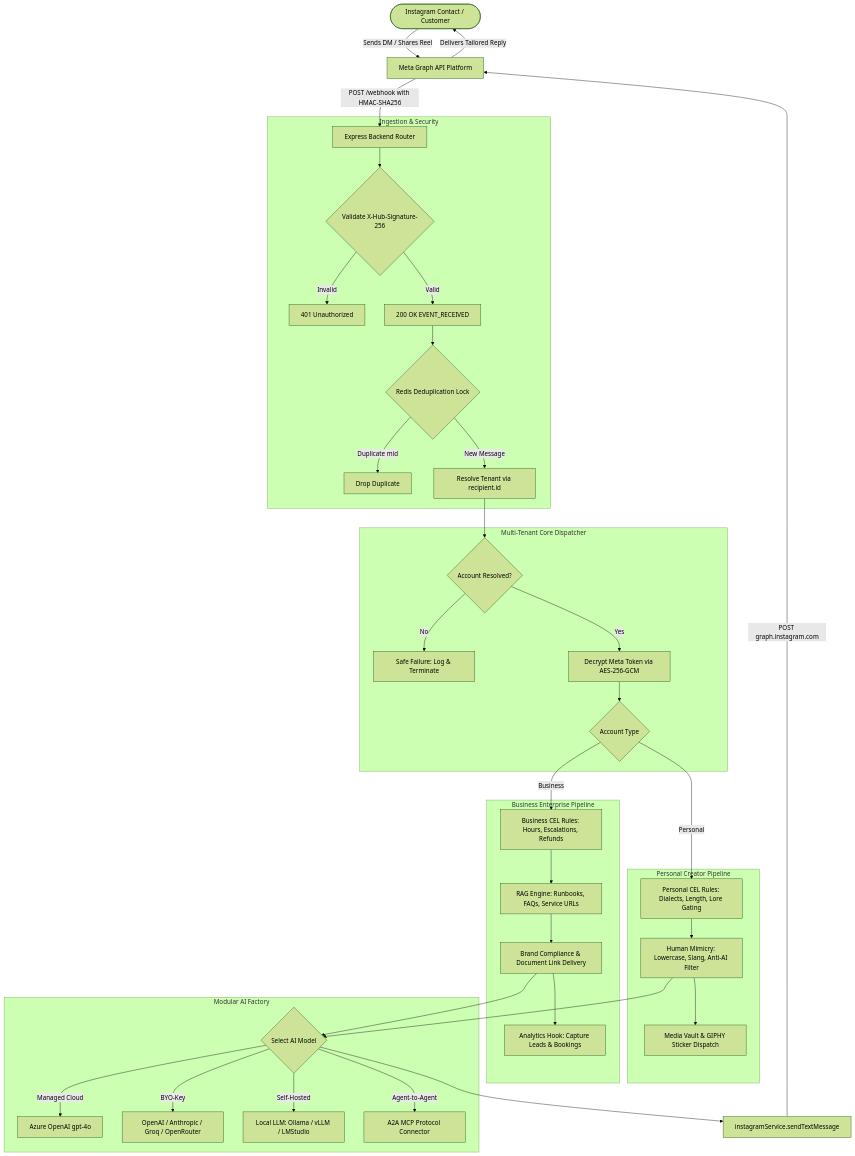
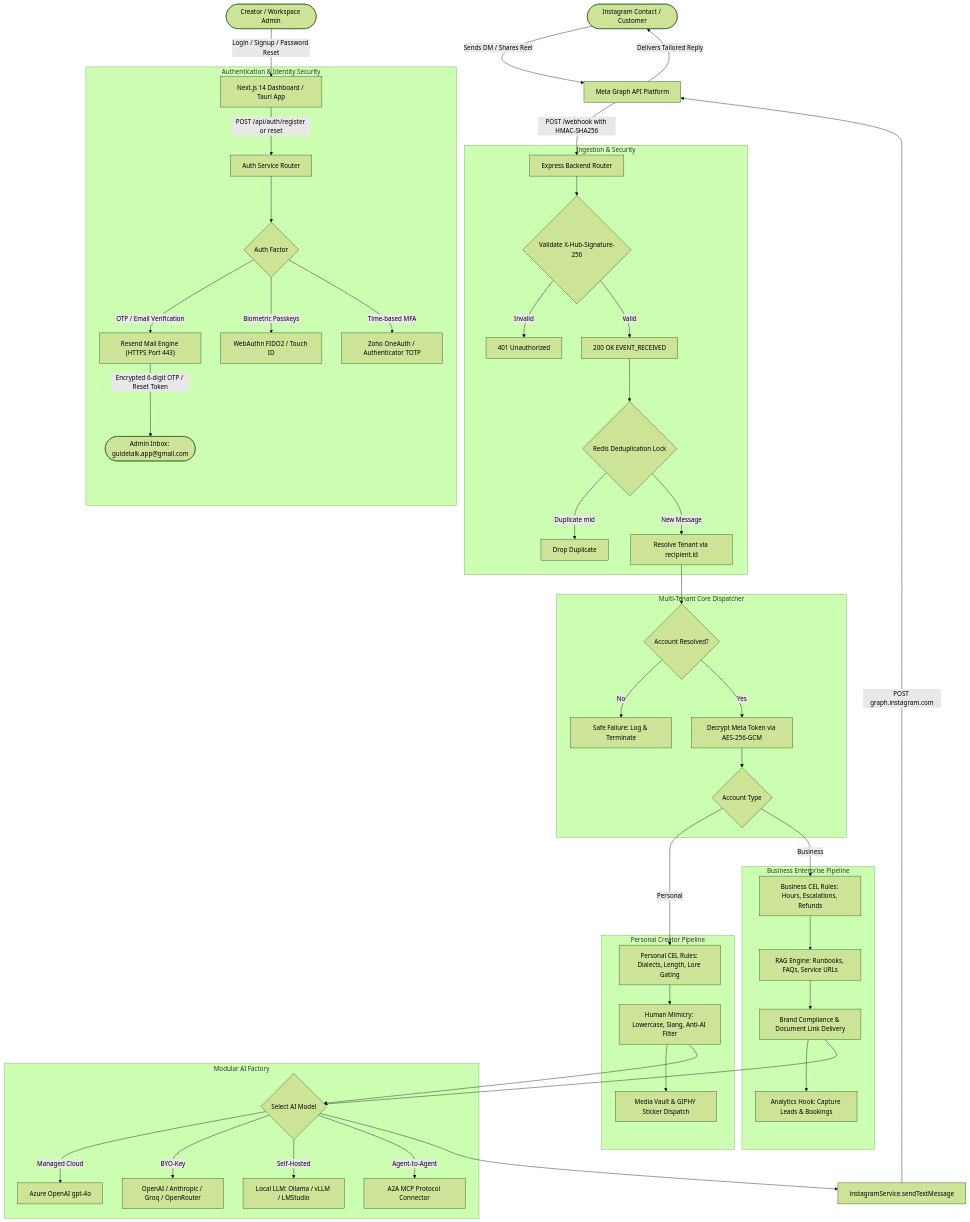
One commit to samjoshua2002/instagram changed the diagram in README.md. Above: the diagram before and after it, drawn with Mermaid (forest theme). The commit also changed other lines of this file, not shown here.

Commit message:
docs: update architecture graph and specs to reflect Resend email engine

````diff
--- a/README.md
+++ b/README.md
@@ -23,47 +24,61 @@
 ```mermaid
 flowchart TD
+    %% External Clients & Actors
     IGUser([Instagram Contact / Customer]) -->|Sends DM / Shares Reel| MetaPlatform[Meta Graph API Platform]
+    AdminUser([Creator / Workspace Admin]) -->|Login / Signup / Password Reset| WebClient[Next.js 14 Dashboard / Tauri App]
+
+    %% Authentication & Identity Flow (Resend Mail)
+    subgraph Auth_Identity["Authentication & Identity Security"]
+        WebClient -->|POST /api/auth/register or reset| AuthRoutes[Auth Service Router]
+        AuthRoutes --> AuthType{Auth Factor}
+        AuthType -->|OTP / Email Verification| ResendEngine["Resend Mail Engine (HTTPS Port 443)"]
+        AuthType -->|Biometric Passkeys| WebAuthn["WebAuthn FIDO2 / Touch ID"]
+        AuthType -->|Time-based MFA| TOTP["Zoho OneAuth / Authenticator TOTP"]
+        ResendEngine -->|Encrypted 6-digit OTP / Reset Token| AdminInbox([Admin Inbox: guidetalk.app@gmail.com])
+    end
+
+    %% Webhook Ingestion & Security
     MetaPlatform -->|POST /webhook with HMAC-SHA256| ExpressBE[Express Backend Router]
     
     subgraph Ingestion_Security["Ingestion & Security"]
         ExpressBE --> HMAC{Validate X-Hub-Signature-256}
         HMAC -->|Invalid| Reject[401 Unauthorized]
         HMAC -->|Valid| Ack[200 OK EVENT_RECEIVED]
         Ack --> Dedupe{Redis Deduplication Lock}
         Dedupe -->|Duplicate mid| Drop[Drop Duplicate]
         Dedupe -->|New Message| TenantResolver[Resolve Tenant via recipient.id]
     end
     
     subgraph MultiTenant_Core["Multi-Tenant Core Dispatcher"]
         TenantResolver --> TenantCheck{Account Resolved?}
         TenantCheck -->|No| SafeDrop[Safe Failure: Log & Terminate]
         TenantCheck -->|Yes| DecryptCredentials[Decrypt Meta Token via AES-256-GCM]
         DecryptCredentials --> AccountMode{Account Type}
     end
     
     subgraph Personal_Pipeline["Personal Creator Pipeline"]
         AccountMode -->|Personal| PersonalCEL[Personal CEL Rules: Dialects, Length, Lore Gating]
         PersonalCEL --> HumanMimicryPrompt[Human Mimicry: Lowercase, Slang, Anti-AI Filter]
         HumanMimicryPrompt --> StickerEngine[Media Vault & GIPHY Sticker Dispatch]
     end
     
     subgraph Business_Pipeline["Business Enterprise Pipeline"]
         AccountMode -->|Business| BusinessCEL[Business CEL Rules: Hours, Escalations, Refunds]
         BusinessCEL --> RAGDocEngine[RAG Engine: Runbooks, FAQs, Service URLs]
         RAGDocEngine --> GroundedBrandPrompt[Brand Compliance & Document Link Delivery]
         GroundedBrandPrompt --> LeadBookingTracker[Analytics Hook: Capture Leads & Bookings]
     end
     
     subgraph Modular_AI["Modular AI Factory"]
         HumanMimicryPrompt --> LLMFactory{Select AI Model}
         GroundedBrandPrompt --> LLMFactory
         LLMFactory -->|Managed Cloud| AzureOpenAI[Azure OpenAI gpt-4o]
         LLMFactory -->|BYO-Key| CustomCloud[OpenAI / Anthropic / Groq / OpenRouter]
         LLMFactory -->|Self-Hosted| LocalOllama[Local LLM: Ollama / vLLM / LMStudio]
         LLMFactory -->|Agent-to-Agent| MCPAgent[A2A MCP Protocol Connector]
     end
     
     LLMFactory --> SendService[instagramService.sendTextMessage]
     SendService -->|POST graph.instagram.com| MetaPlatform
     MetaPlatform -->|Delivers Tailored Reply| IGUser
 ```
````
